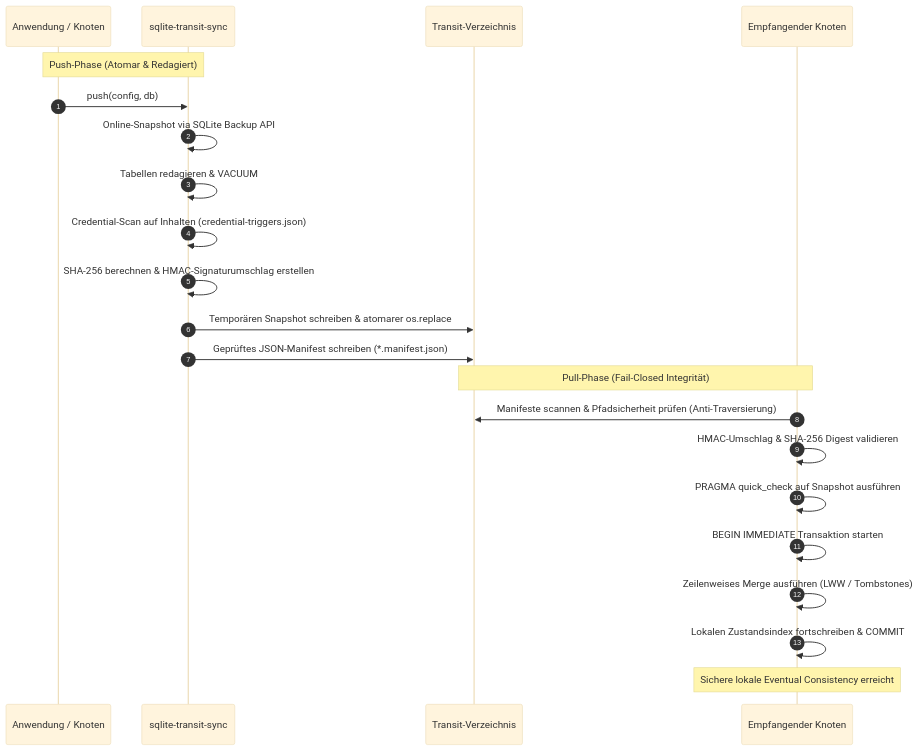
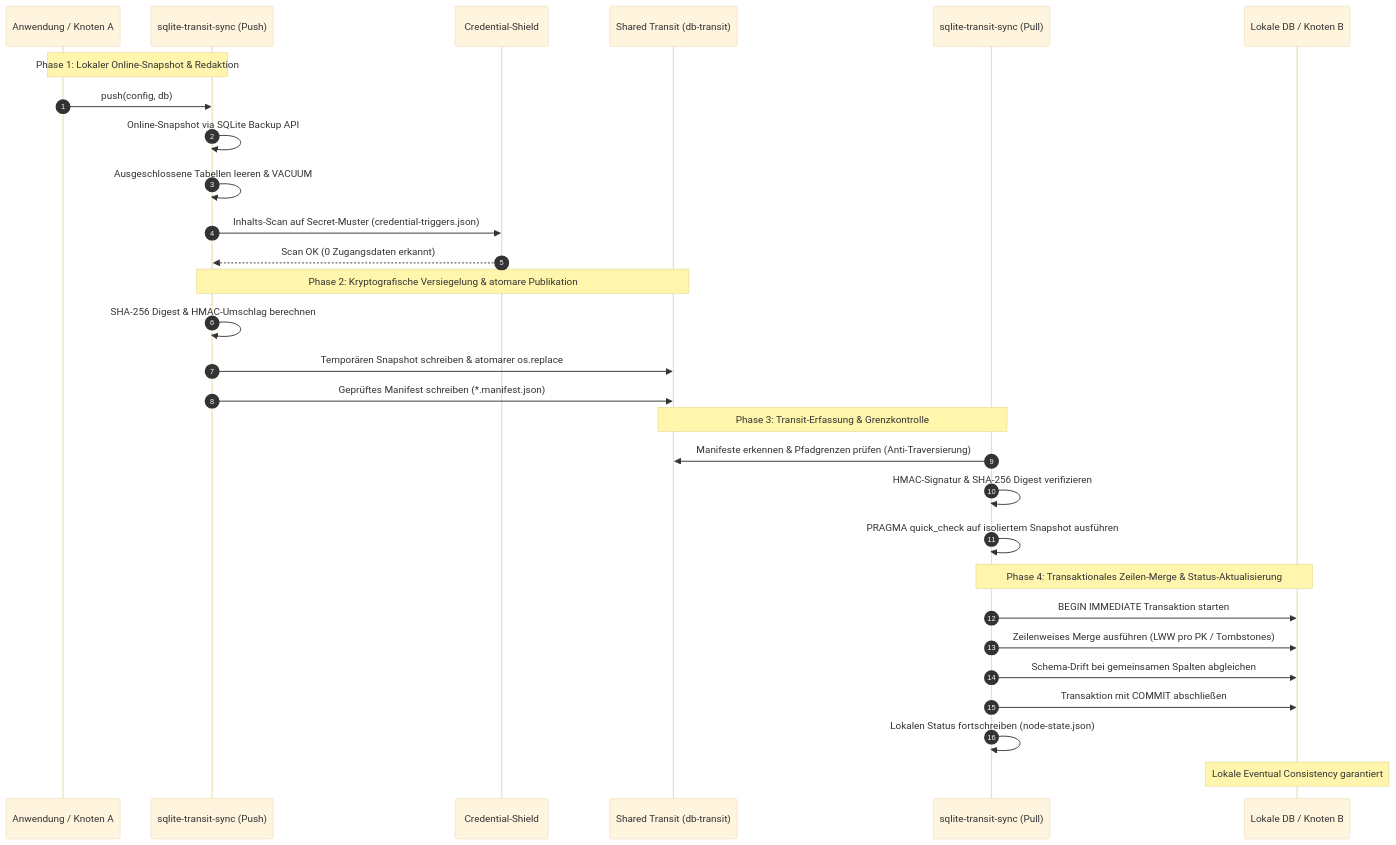
Before and after one commit to ellmos-ai/sqlite-transit-sync: the second of 2 diagrams in README_de.md, drawn with Mermaid (base theme). The commit also changed other lines of this file and 6 other files, not shown here.

Commit message:
docs(discoverability): dual mermaid diagrams, quick nav, invariants matrix, and metadata parity [Pfad B] [G 2026-09-09]

````diff
--- a/README_de.md
+++ b/README_de.md
@@ -64,26 +132,35 @@
 ```mermaid
 sequenceDiagram
     autonumber
-    participant App as Anwendung / Knoten
-    participant Core as sqlite-transit-sync
-    participant Transit as Transit-Verzeichnis
-    participant Verifier as Empfangender Knoten
+    participant App as Anwendung / Knoten A
+    participant CoreA as sqlite-transit-sync (Push)
+    participant Shield as Credential-Shield
+    participant Transit as Shared Transit (db-transit)
+    participant CoreB as sqlite-transit-sync (Pull)
+    participant Target as Lokale DB / Knoten B
 
-    Note over App,Core: Push-Phase (Atomar & Redagiert)
-    App->>Core: push(config, db)
-    Core->>Core: Online-Snapshot via SQLite Backup API
-    Core->>Core: Tabellen redagieren & VACUUM
-    Core->>Core: Credential-Scan auf Inhalten (credential-triggers.json)
-    Core->>Core: SHA-256 berechnen & HMAC-Signaturumschlag erstellen
-    Core->>Transit: Temporären Snapshot schreiben & atomarer os.replace
-    Core->>Transit: Geprüftes JSON-Manifest schreiben (*.manifest.json)
-    
-    Note over Transit,Verifier: Pull-Phase (Fail-Closed Integrität)
-    Verifier->>Transit: Manifeste scannen & Pfadsicherheit prüfen (Anti-Traversierung)
-    Verifier->>Verifier: HMAC-Umschlag & SHA-256 Digest validieren
-    Verifier->>Verifier: PRAGMA quick_check auf Snapshot ausführen
-    Verifier->>Verifier: BEGIN IMMEDIATE Transaktion starten
-    Verifier->>Verifier: Zeilenweises Merge ausführen (LWW / Tombstones)
-    Verifier->>Verifier: Lokalen Zustandsindex fortschreiben & COMMIT
-    Note over Verifier: Sichere lokale Eventual Consistency erreicht
+    Note over App,CoreA: Phase 1: Lokaler Online-Snapshot & Redaktion
+    App->>CoreA: push(config, db)
+    CoreA->>CoreA: Online-Snapshot via SQLite Backup API
+    CoreA->>CoreA: Ausgeschlossene Tabellen leeren & VACUUM
+    CoreA->>Shield: Inhalts-Scan auf Secret-Muster (credential-triggers.json)
+    Shield-->>CoreA: Scan OK (0 Zugangsdaten erkannt)
+
+    Note over CoreA,Transit: Phase 2: Kryptografische Versiegelung & atomare Publikation
+    CoreA->>CoreA: SHA-256 Digest & HMAC-Umschlag berechnen
+    CoreA->>Transit: Temporären Snapshot schreiben & atomarer os.replace
+    CoreA->>Transit: Geprüftes Manifest schreiben (*.manifest.json)
+
+    Note over Transit,CoreB: Phase 3: Transit-Erfassung & Grenzkontrolle
+    CoreB->>Transit: Manifeste erkennen & Pfadgrenzen prüfen (Anti-Traversierung)
+    CoreB->>CoreB: HMAC-Signatur & SHA-256 Digest verifizieren
+    CoreB->>CoreB: PRAGMA quick_check auf isoliertem Snapshot ausführen
+
+    Note over CoreB,Target: Phase 4: Transaktionales Zeilen-Merge & Status-Aktualisierung
+    CoreB->>Target: BEGIN IMMEDIATE Transaktion starten
+    CoreB->>Target: Zeilenweises Merge ausführen (LWW pro PK / Tombstones)
+    CoreB->>Target: Schema-Drift bei gemeinsamen Spalten abgleichen
+    CoreB->>Target: Transaktion mit COMMIT abschließen
+    CoreB->>CoreB: Lokalen Status fortschreiben (node-state.json)
+    Note over Target: Lokale Eventual Consistency garantiert
 ```
````
